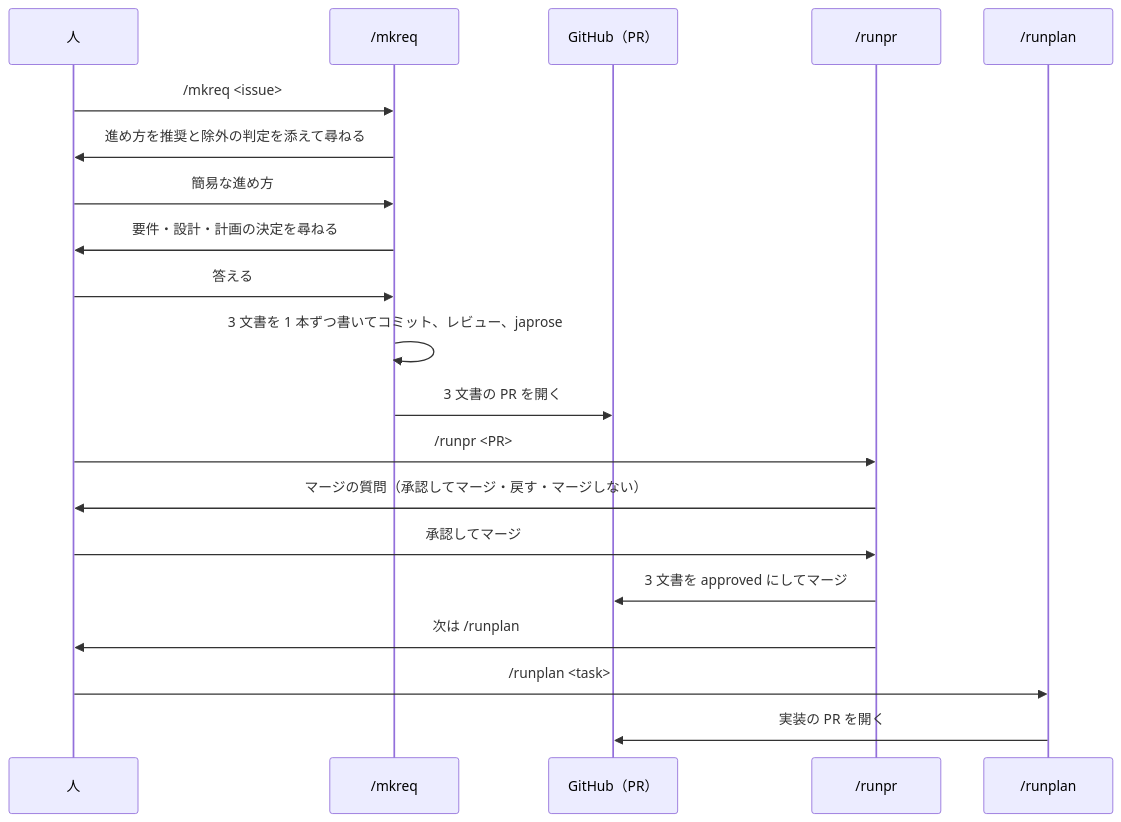
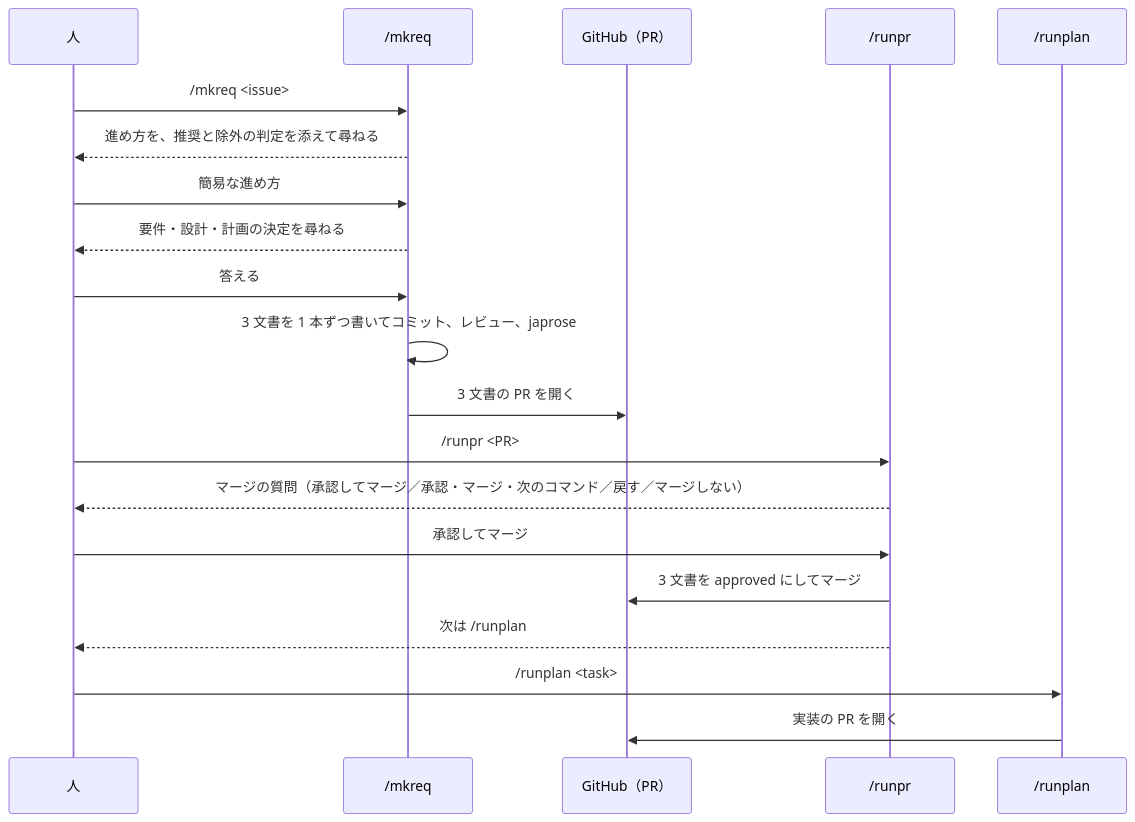
The third of 7 diagrams in docs/tasks/0072_simple_task_documents/02_architecture.md (isseis/yt2column), drawn with Mermaid before and after one commit. The commit also changed other lines of this file and 1 other file, not shown here.

First line of the commit message:
docs(0072): address the design review of the simplified task-document flow

````diff
--- a/docs/tasks/0072_simple_task_documents/02_architecture.md
+++ b/docs/tasks/0072_simple_task_documents/02_architecture.md
@@ -214,23 +237,23 @@
 ```mermaid
 sequenceDiagram
     participant H as 人
     participant MK as /mkreq
     participant GH as GitHub（PR）
     participant RP as /runpr
     participant PL as /runplan
 
     H->>MK: /mkreq <issue>
-    MK->>H: 進め方を推奨と除外の判定を添えて尋ねる
+    MK-->>H: 進め方を、推奨と除外の判定を添えて尋ねる
     H->>MK: 簡易な進め方
-    MK->>H: 要件・設計・計画の決定を尋ねる
+    MK-->>H: 要件・設計・計画の決定を尋ねる
     H->>MK: 答える
     MK->>MK: 3 文書を 1 本ずつ書いてコミット、レビュー、japrose
     MK->>GH: 3 文書の PR を開く
     H->>RP: /runpr <PR>
-    RP->>H: マージの質問（承認してマージ・戻す・マージしない）
+    RP-->>H: マージの質問（承認してマージ／承認・マージ・次のコマンド／戻す／マージしない）
     H->>RP: 承認してマージ
     RP->>GH: 3 文書を approved にしてマージ
-    RP->>H: 次は /runplan
+    RP-->>H: 次は /runplan
     H->>PL: /runplan <task>
     PL->>GH: 実装の PR を開く
 ```
````
